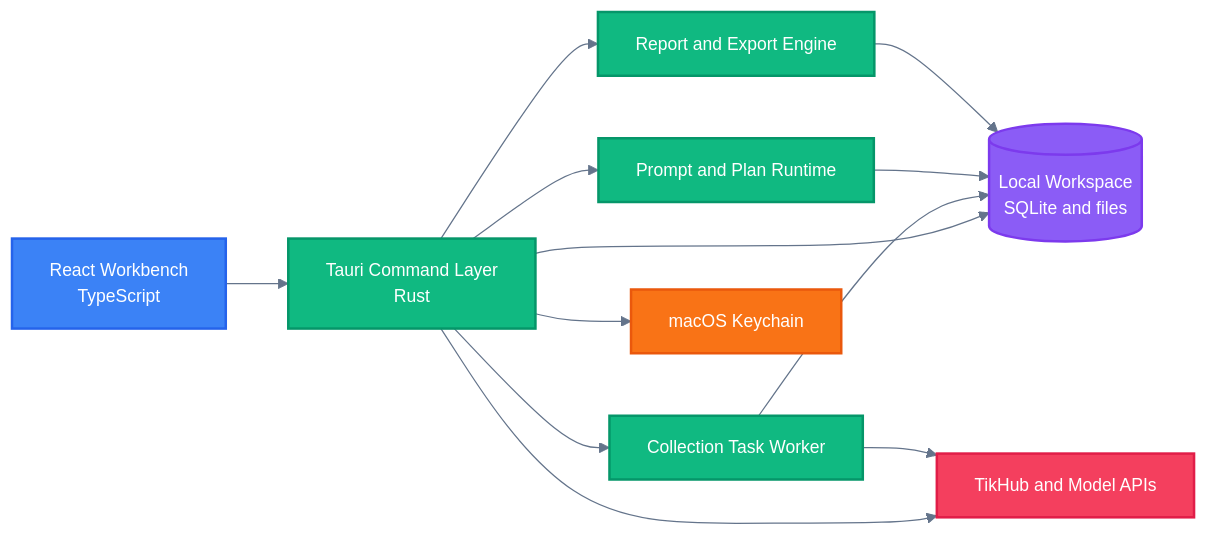
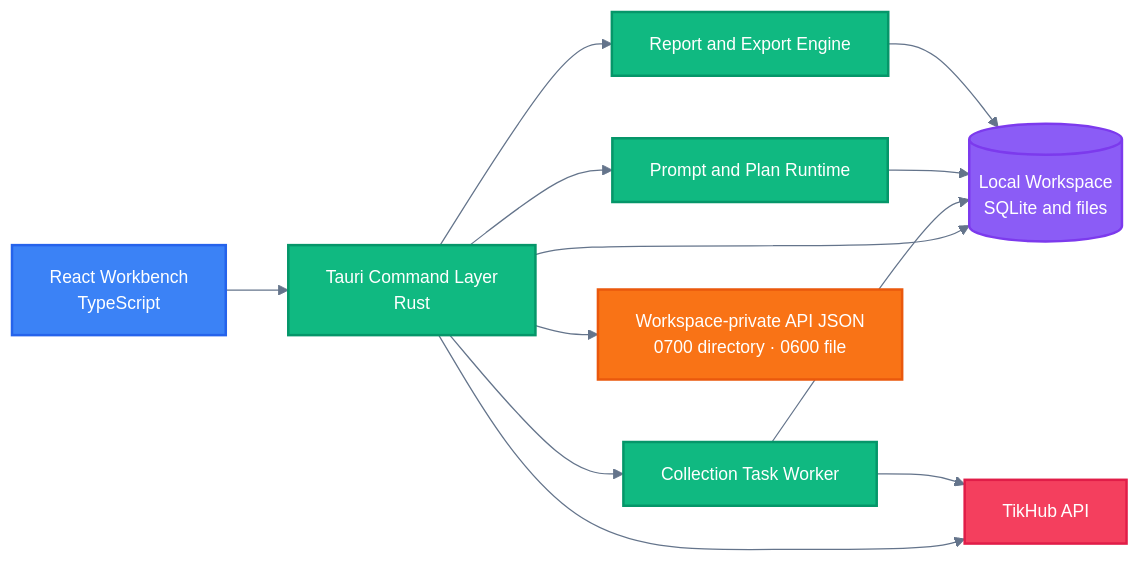
Before and after one commit to ljiulong/sortlytic: the diagram in README.md, drawn with Mermaid. The commit also changed other lines of this file and 2 other files, not shown here.

Commit message:
docs: update API credential storage architecture

````diff
--- a/README.md
+++ b/README.md
@@ -225,27 +229,27 @@
 ```mermaid
 %%{init: {'theme': 'base', 'themeVariables': {'fontSize': '14px', 'lineColor': '#64748B'}}}%%
 graph LR
     classDef client fill:#3B82F6,stroke:#2563EB,color:#fff,stroke-width:2px
     classDef service fill:#10B981,stroke:#059669,color:#fff,stroke-width:2px
     classDef data fill:#8B5CF6,stroke:#7C3AED,color:#fff,stroke-width:2px
     classDef auth fill:#F97316,stroke:#EA580C,color:#fff,stroke-width:2px
     classDef external fill:#F43F5E,stroke:#E11D48,color:#fff,stroke-width:2px
 
     A[React Workbench<br/>TypeScript] --> B[Tauri Command Layer<br/>Rust]
     B --> C[Collection Task Worker]
     B --> D[Prompt and Plan Runtime]
     B --> E[Report and Export Engine]
     B --> F[(Local Workspace<br/>SQLite and files)]
-    B --> G[macOS Keychain]
-    B --> H[TikHub and Model APIs]
+    B --> G[Workspace-private API JSON<br/>0700 directory · 0600 file]
+    B --> H[TikHub API]
     C --> F
     C --> H
     D --> F
     E --> F
 
     class A client
     class B,C,D,E service
     class F data
     class G auth
     class H external
 ```
````
